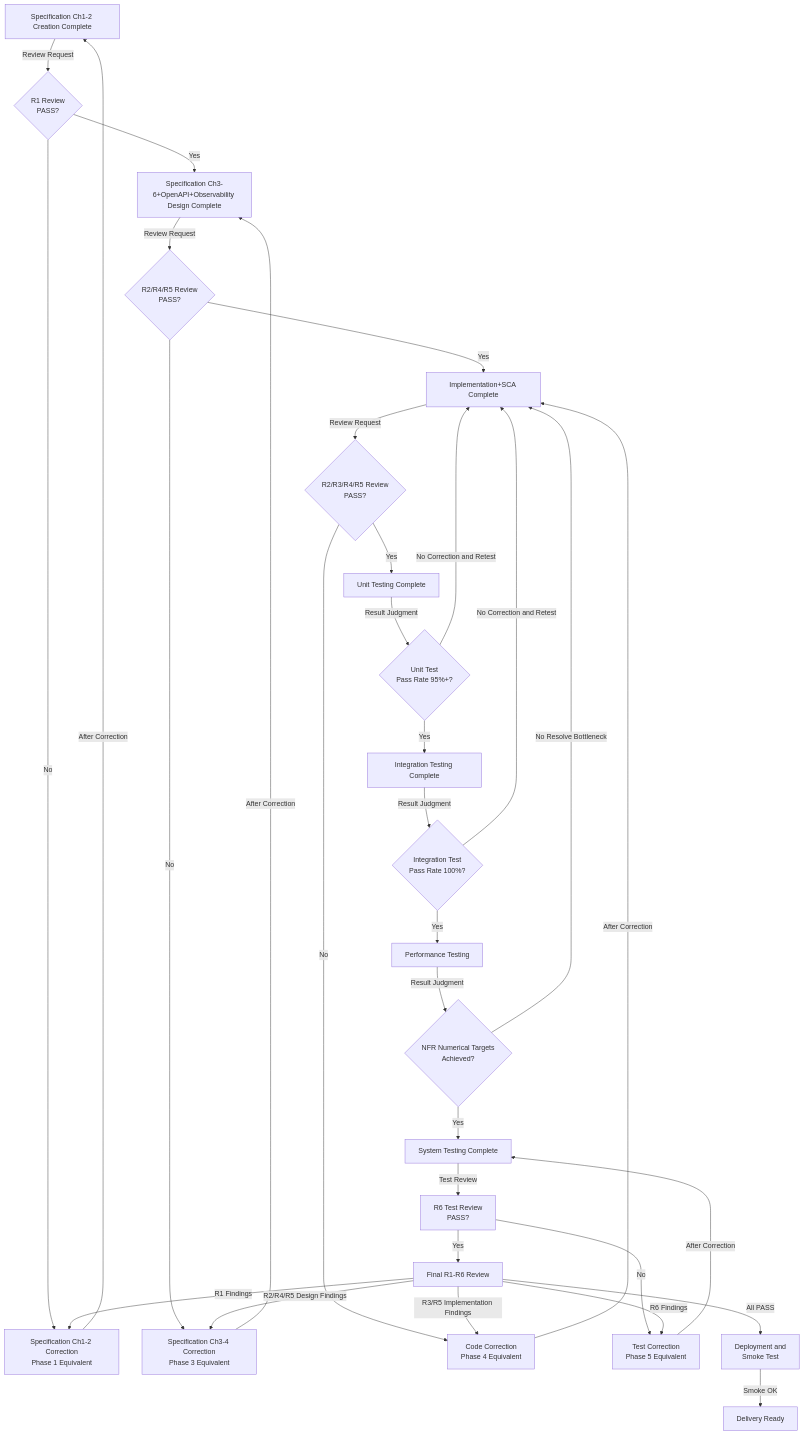
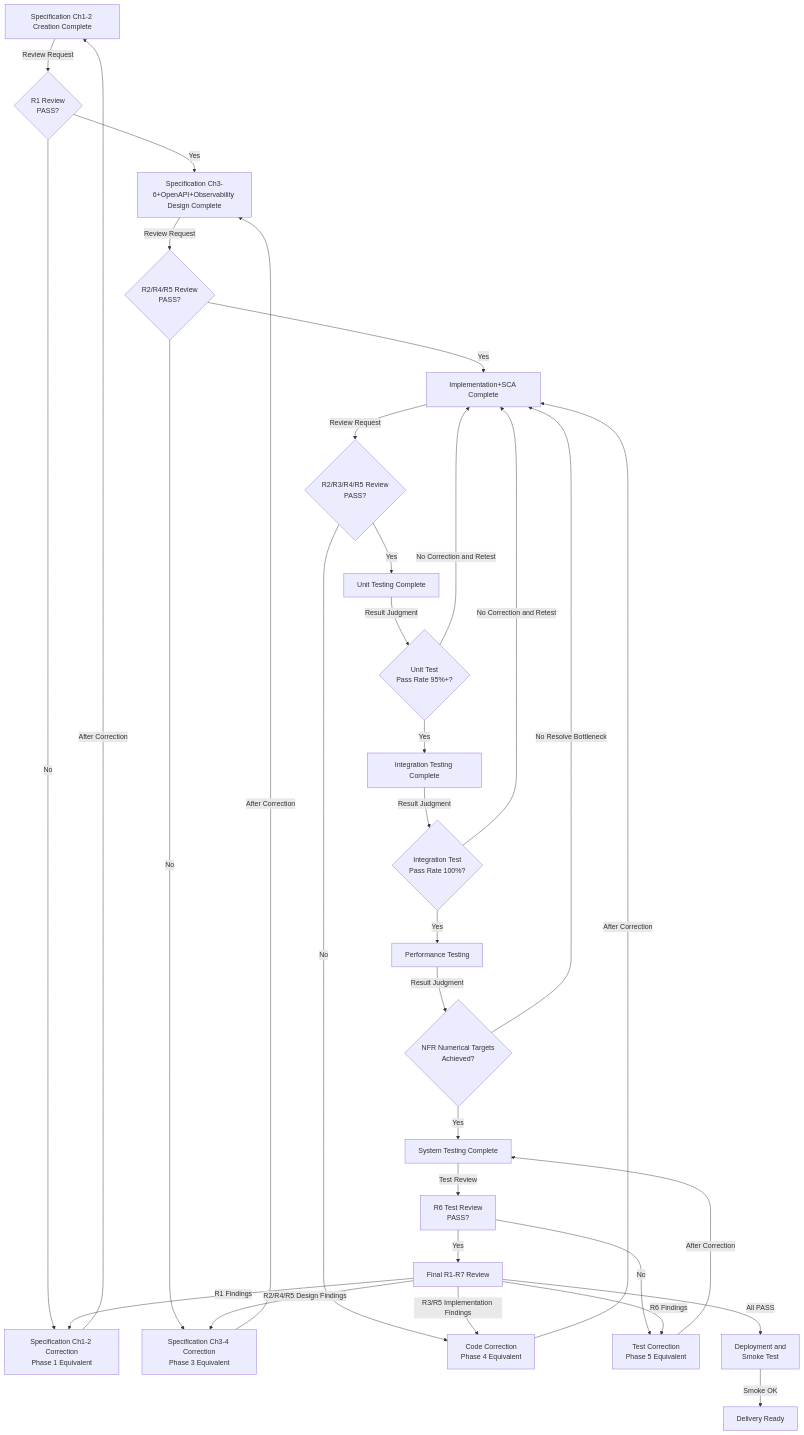
Before and after one commit to GoodRelax/gr-sw-maker: the ninth of 12 diagrams in framework-src/en/process-rules/full-auto-dev-process-rules.md, drawn with Mermaid. The commit also changed other lines of this file and 24 other files, not shown here.

````diff
--- a/framework-src/en/process-rules/full-auto-dev-process-rules.md
+++ b/framework-src/en/process-rules/full-auto-dev-process-rules.md
@@ -1892,56 +1892,56 @@
 ```mermaid
 flowchart TD
     Spec1["Specification Ch1-2 Creation Complete"]
     Spec1_Review{"R1 Review<br/>PASS?"}
     Spec2["Specification Ch3-6+OpenAPI+Observability Design Complete"]
     Spec2_Review{"R2/R4/R5 Review<br/>PASS?"}
     Impl["Implementation+SCA Complete"]
     Code_Review{"R2/R3/R4/R5 Review<br/>PASS?"}
     UT["Unit Testing Complete"]
     UT_Gate{"Unit Test<br/>Pass Rate 95%+?"}
     IT["Integration Testing Complete"]
     IT_Gate{"Integration Test<br/>Pass Rate 100%?"}
     PerfT["Performance Testing"]
     Perf_Gate{"NFR Numerical Targets<br/>Achieved?"}
     ST["System Testing Complete"]
     TR["R6 Test Review<br/>PASS?"]
-    Final["Final R1-R6 Review"]
+    Final["Final R1-R7 Review"]
     R1Fail["Specification Ch1-2 Correction<br/>Phase 1 Equivalent"]
     R2Fail["Specification Ch3-4 Correction<br/>Phase 3 Equivalent"]
     R3Fail["Code Correction<br/>Phase 4 Equivalent"]
     R6Fail["Test Correction<br/>Phase 5 Equivalent"]
     Deploy["Deployment and<br/>Smoke Test"]
     Done["Delivery Ready"]
 
     Spec1 -->|"Review Request"| Spec1_Review
     Spec1_Review -->|"Yes"| Spec2
     Spec1_Review -->|"No"| R1Fail
     R1Fail -->|"After Correction"| Spec1
     Spec2 -->|"Review Request"| Spec2_Review
     Spec2_Review -->|"Yes"| Impl
     Spec2_Review -->|"No"| R2Fail
     R2Fail -->|"After Correction"| Spec2
     Impl -->|"Review Request"| Code_Review
     Code_Review -->|"Yes"| UT
     Code_Review -->|"No"| R3Fail
     R3Fail -->|"After Correction"| Impl
     UT -->|"Result Judgment"| UT_Gate
     UT_Gate -->|"Yes"| IT
     UT_Gate -->|"No Correction and Retest"| Impl
     IT -->|"Result Judgment"| IT_Gate
     IT_Gate -->|"Yes"| PerfT
     IT_Gate -->|"No Correction and Retest"| Impl
     PerfT -->|"Result Judgment"| Perf_Gate
     Perf_Gate -->|"Yes"| ST
     Perf_Gate -->|"No Resolve Bottleneck"| Impl
     ST -->|"Test Review"| TR
     TR -->|"Yes"| Final
     TR -->|"No"| R6Fail
     R6Fail -->|"After Correction"| ST
     Final -->|"R1 Findings"| R1Fail
     Final -->|"R2/R4/R5 Design Findings"| R2Fail
     Final -->|"R3/R5 Implementation Findings"| R3Fail
     Final -->|"R6 Findings"| R6Fail
     Final -->|"All PASS"| Deploy
     Deploy -->|"Smoke OK"| Done
 ```
````
